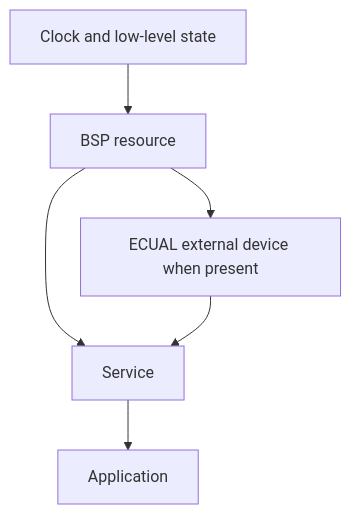
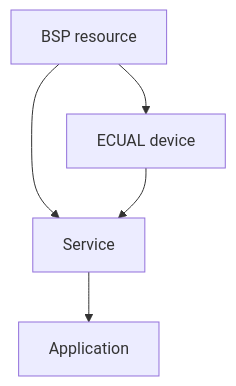
One commit to haikevins/stm32f1-spl-procedural-baremetal changed the diagram in docs/adding_a_module.md. Above: the diagram before and after it, drawn with Mermaid. The commit also changed other lines of this file and 4 other files, not shown here.

````diff
--- a/docs/adding_a_module.md
+++ b/docs/adding_a_module.md
@@ -132,8 +132,7 @@
 ```mermaid
-flowchart TD
-    CLOCK["Clock and low-level state"] --> BSP["BSP resource"]
-    BSP --> DEVICE["ECUAL external device when present"]
+flowchart TB
+    BSP["BSP resource"] --> DEVICE["ECUAL device"]
     BSP --> SERVICE["Service"]
     DEVICE --> SERVICE
     SERVICE --> APP["Application"]
 ```
````
